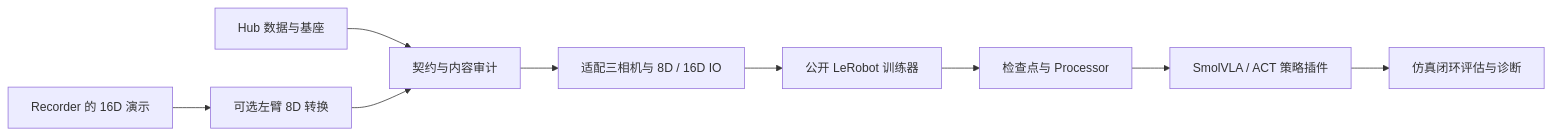
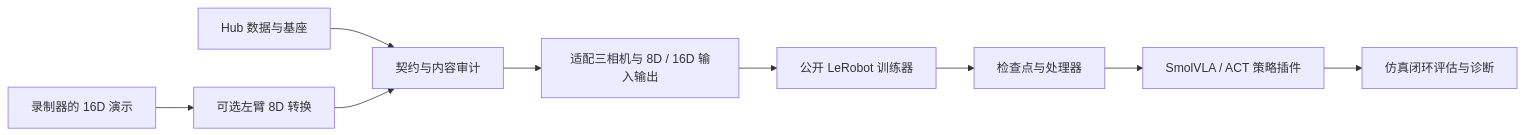
One commit to Eter0109/a3_dual_arm_sim changed the second of 2 diagrams in docs/architecture.md. Above: the diagram before and after it, drawn with Mermaid. The commit also changed other lines of this file and 19 other files, not shown here.

````diff
--- a/docs/architecture.md
+++ b/docs/architecture.md
@@ -43,11 +43,11 @@
 ```mermaid
 flowchart LR
   H[Hub 数据与基座] --> D[契约与内容审计]
-  D --> S[适配三相机与 8D / 16D IO]
+  D --> S[适配三相机与 8D / 16D 输入输出]
   S --> L[公开 LeRobot 训练器]
-  L --> K[检查点与 Processor]
+  L --> K[检查点与处理器]
   K --> P[SmolVLA / ACT 策略插件]
   P --> B[仿真闭环评估与诊断]
-  R[Recorder 的 16D 演示] --> X[可选左臂 8D 转换]
+  R[录制器的 16D 演示] --> X[可选左臂 8D 转换]
   X --> D
 ```
````
